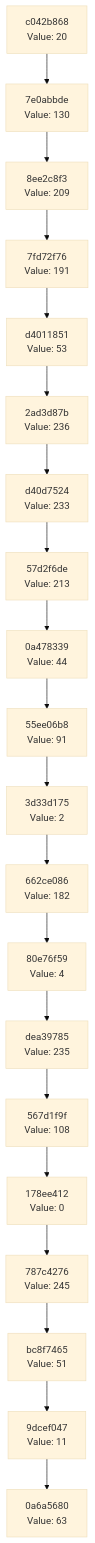
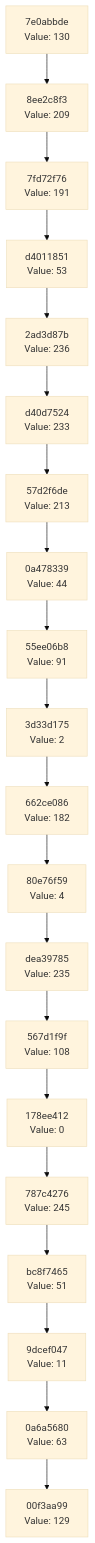
One commit to Abhisheksinha1506/hash-chain-evolver changed the diagram in docs/CHAIN_VISUALIZATION.md. Above: the diagram before and after it, drawn with Mermaid (base theme). The commit also changed 2 other files, not shown here.

Commit message:
Evolution step: hash 0x81 → action executed

````diff
--- a/docs/CHAIN_VISUALIZATION.md
+++ b/docs/CHAIN_VISUALIZATION.md
@@ -3,42 +3,42 @@
 ```mermaid
 graph TD
-    C0["0a6a5680<br/>Value: 63"]
-    C1["9dcef047<br/>Value: 11"]
+    C0["00f3aa99<br/>Value: 129"]
+    C1["0a6a5680<br/>Value: 63"]
     C1 --> C0
-    C2["bc8f7465<br/>Value: 51"]
+    C2["9dcef047<br/>Value: 11"]
     C2 --> C1
-    C3["787c4276<br/>Value: 245"]
+    C3["bc8f7465<br/>Value: 51"]
     C3 --> C2
-    C4["178ee412<br/>Value: 0"]
+    C4["787c4276<br/>Value: 245"]
     C4 --> C3
-    C5["567d1f9f<br/>Value: 108"]
+    C5["178ee412<br/>Value: 0"]
     C5 --> C4
-    C6["dea39785<br/>Value: 235"]
+    C6["567d1f9f<br/>Value: 108"]
     C6 --> C5
-    C7["80e76f59<br/>Value: 4"]
+    C7["dea39785<br/>Value: 235"]
     C7 --> C6
-    C8["662ce086<br/>Value: 182"]
+    C8["80e76f59<br/>Value: 4"]
     C8 --> C7
-    C9["3d33d175<br/>Value: 2"]
+    C9["662ce086<br/>Value: 182"]
     C9 --> C8
-    C10["55ee06b8<br/>Value: 91"]
+    C10["3d33d175<br/>Value: 2"]
     C10 --> C9
-    C11["0a478339<br/>Value: 44"]
+    C11["55ee06b8<br/>Value: 91"]
     C11 --> C10
-    C12["57d2f6de<br/>Value: 213"]
+    C12["0a478339<br/>Value: 44"]
     C12 --> C11
-    C13["d40d7524<br/>Value: 233"]
+    C13["57d2f6de<br/>Value: 213"]
     C13 --> C12
-    C14["2ad3d87b<br/>Value: 236"]
+    C14["d40d7524<br/>Value: 233"]
     C14 --> C13
-    C15["d4011851<br/>Value: 53"]
+    C15["2ad3d87b<br/>Value: 236"]
     C15 --> C14
-    C16["7fd72f76<br/>Value: 191"]
+    C16["d4011851<br/>Value: 53"]
     C16 --> C15
-    C17["8ee2c8f3<br/>Value: 209"]
+    C17["7fd72f76<br/>Value: 191"]
     C17 --> C16
-    C18["7e0abbde<br/>Value: 130"]
+    C18["8ee2c8f3<br/>Value: 209"]
     C18 --> C17
-    C19["c042b868<br/>Value: 20"]
+    C19["7e0abbde<br/>Value: 130"]
     C19 --> C18
 ```
````
